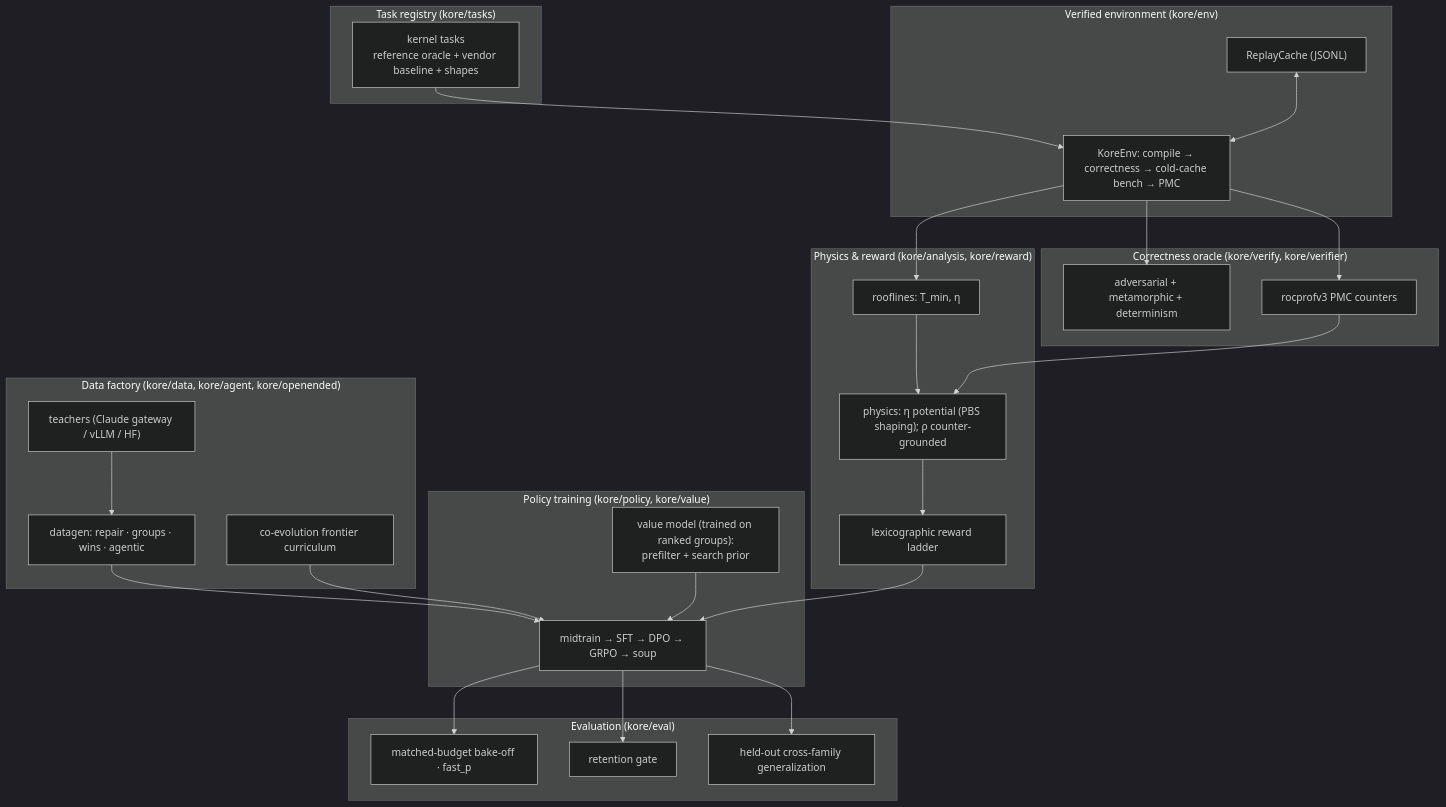
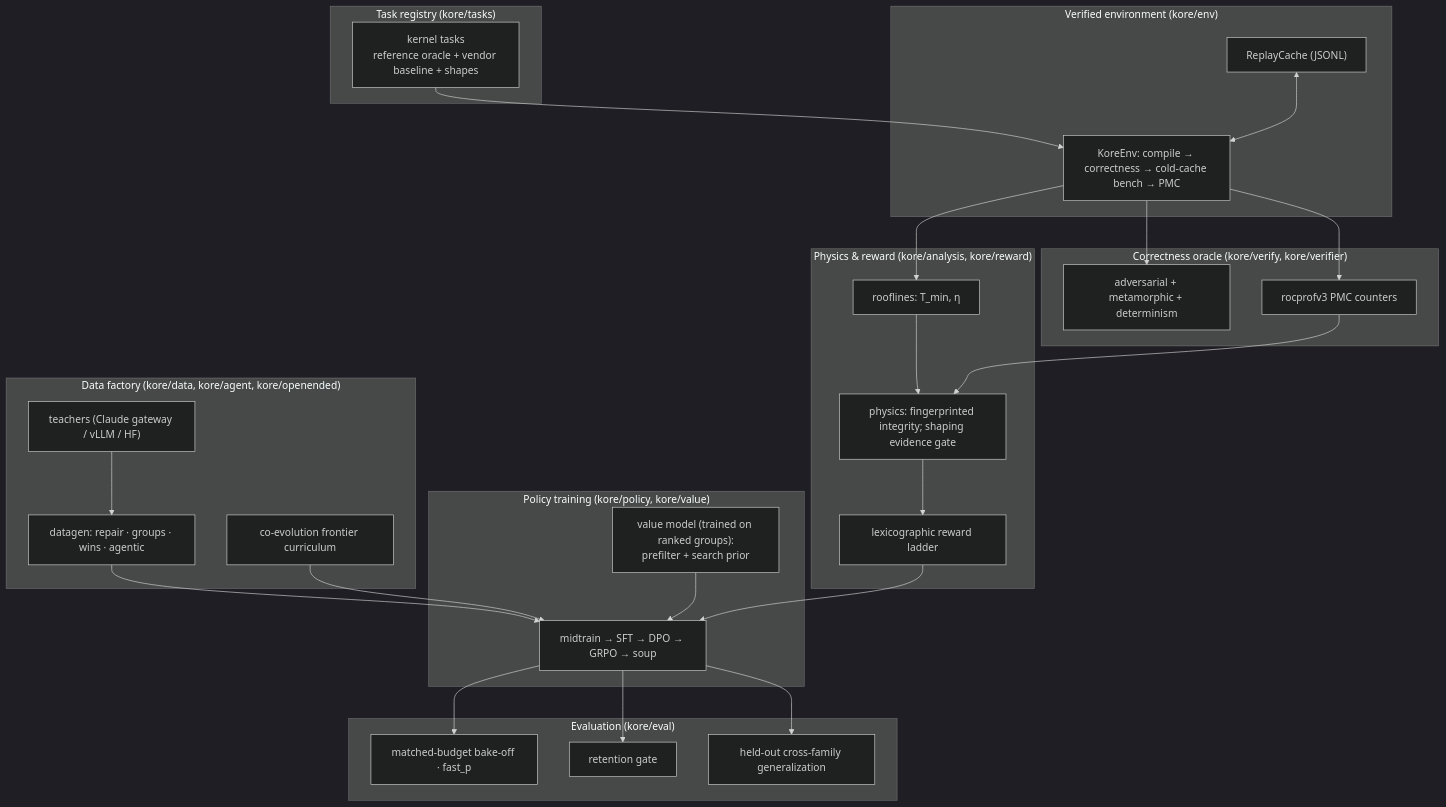
The first of 2 diagrams in README.md (amd-shasriva/KORE), drawn with Mermaid (dark theme) before and after one commit. The commit also changed other lines of this file and 31 other files, not shown here.

Commit message:
wip(physics): unify physics/reward + SoL roofline calibration, whitebox counters, potential-based shaping

````diff
--- a/README.md
+++ b/README.md
@@ -98,44 +97,44 @@
 ```mermaid
 flowchart TB
   subgraph reg["Task registry (kore/tasks)"]
     T["kernel tasks<br/>reference oracle + vendor baseline + shapes"]
   end
   subgraph env["Verified environment (kore/env)"]
     KE["KoreEnv: compile → correctness → cold-cache bench → PMC"]
     RC["ReplayCache (JSONL)"]
   end
   subgraph sci["Physics & reward (kore/analysis, kore/reward)"]
     RF["rooflines: T_min, η"]
-    PH["physics: η potential (PBS shaping); ρ counter-grounded"]
+    PH["physics: fingerprinted integrity; shaping evidence gate"]
     RW["lexicographic reward ladder"]
   end
   subgraph verify["Correctness oracle (kore/verify, kore/verifier)"]
     OR["adversarial + metamorphic + determinism"]
     PMC["rocprofv3 PMC counters"]
   end
   subgraph data["Data factory (kore/data, kore/agent, kore/openended)"]
     TE["teachers (Claude gateway / vLLM / HF)"]
     DG["datagen: repair · groups · wins · agentic"]
     CO["co-evolution frontier curriculum"]
   end
   subgraph train["Policy training (kore/policy, kore/value)"]
     ST["midtrain → SFT → DPO → GRPO → soup"]
     VM["value model (trained on ranked groups):<br/>prefilter + search prior"]
   end
   subgraph eval["Evaluation (kore/eval)"]
     BO["matched-budget bake-off · fast_p"]
     RG["retention gate"]
     GN["held-out cross-family generalization"]
   end
   T --> KE --> RF --> PH --> RW
   KE --> OR
   KE --> PMC --> PH
   RC <--> KE
   TE --> DG --> ST
   CO --> ST
   VM --> ST
   RW --> ST
   ST --> BO
   ST --> RG
   ST --> GN
 ```
````
